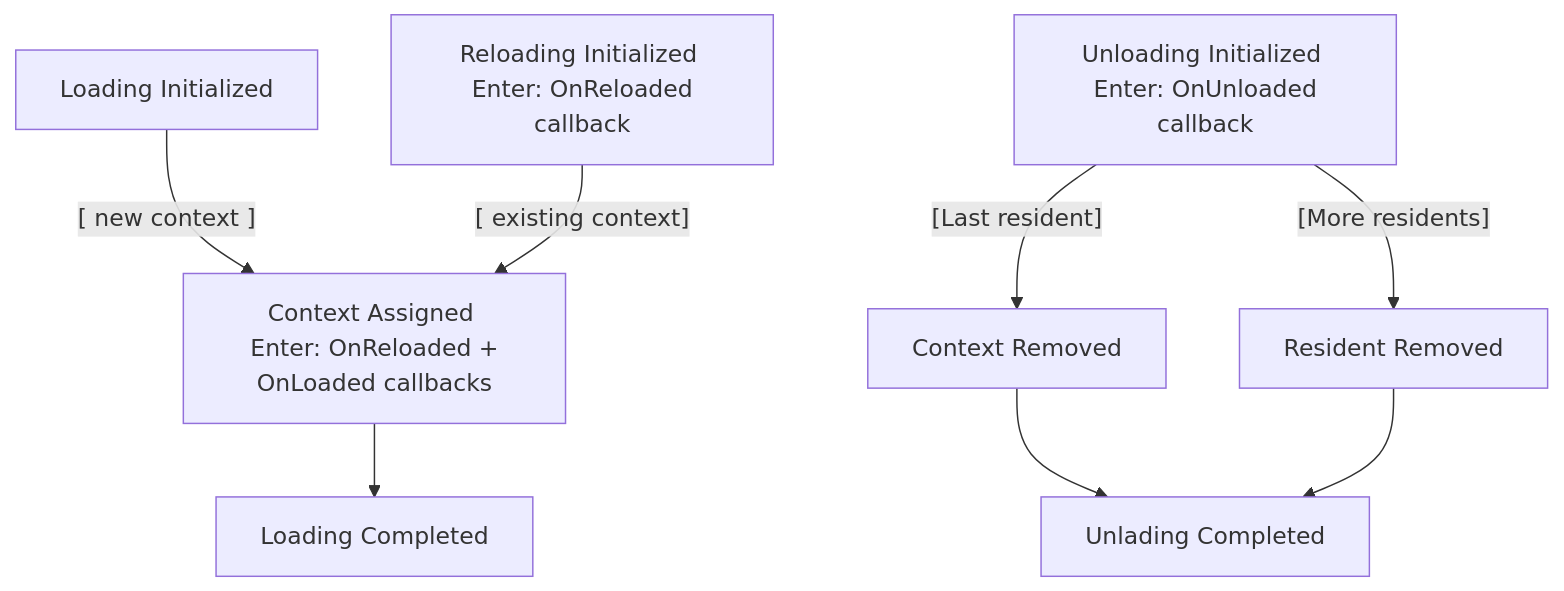
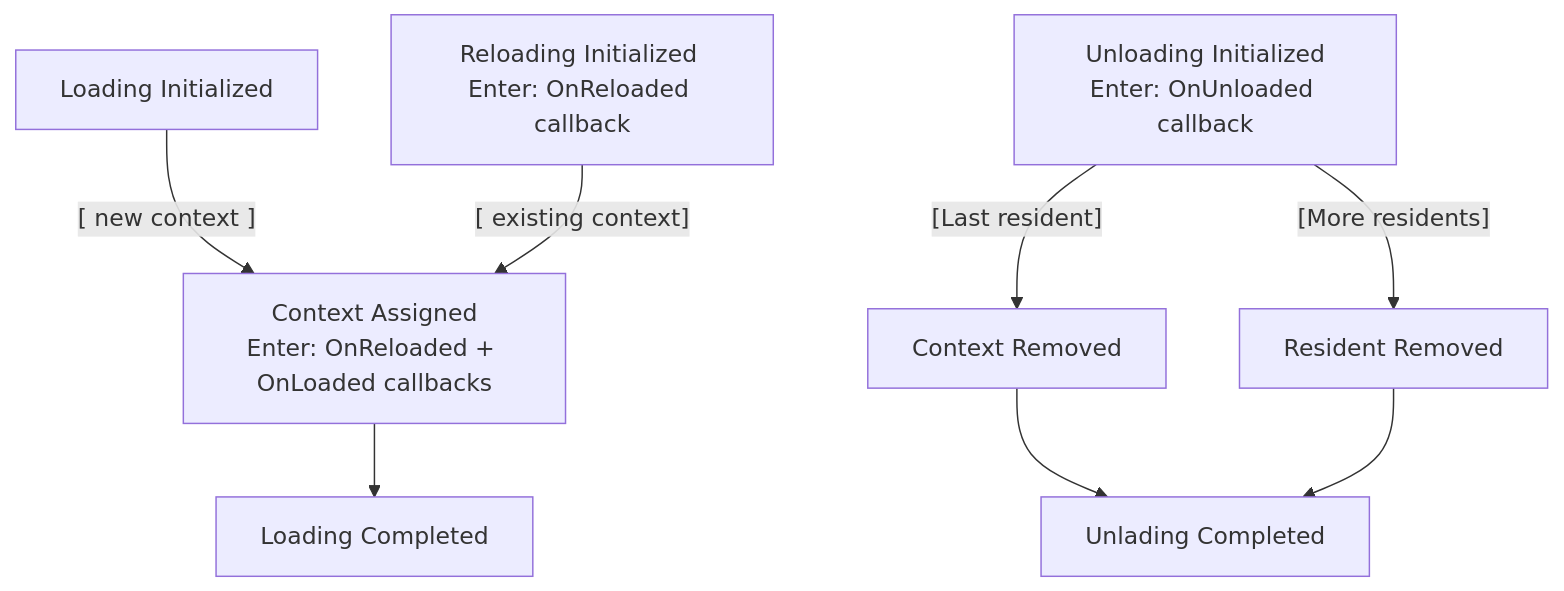
The diagram in docs/src/ScriptPipeline/pipeline.md (makspll/bevy_mod_scripting), drawn with Mermaid before and after one commit.

Commit message:
chore: fix docs new lines

````diff
--- a/docs/src/ScriptPipeline/pipeline.md
+++ b/docs/src/ScriptPipeline/pipeline.md
@@ -19,22 +19,25 @@
 ```mermaid
 graph TD;
     A[Loading Initialized]
-    B[Reloading Initialized \n Enter: OnReloaded callback]
+    B[Reloading Initialized 
+Enter: OnReloaded callback]
 
     A --[ new context ]--> C
     B --[ existing context]--> C
-    C[Context Assigned \n Enter: OnReloaded + OnLoaded callbacks]
+    C[Context Assigned
+Enter: OnReloaded + OnLoaded callbacks]
 
     C --> D
 
     D[Loading Completed]
 
-    E[Unloading Initialized \n Enter: OnUnloaded callback]
+    E[Unloading Initialized
+Enter: OnUnloaded callback]
     F[Context Removed]
     G[Resident Removed]
     E --[Last resident]--> F
     E --[More residents]--> G
     H[Unlading Completed]
     F --> H
     G --> H
 ```
````
